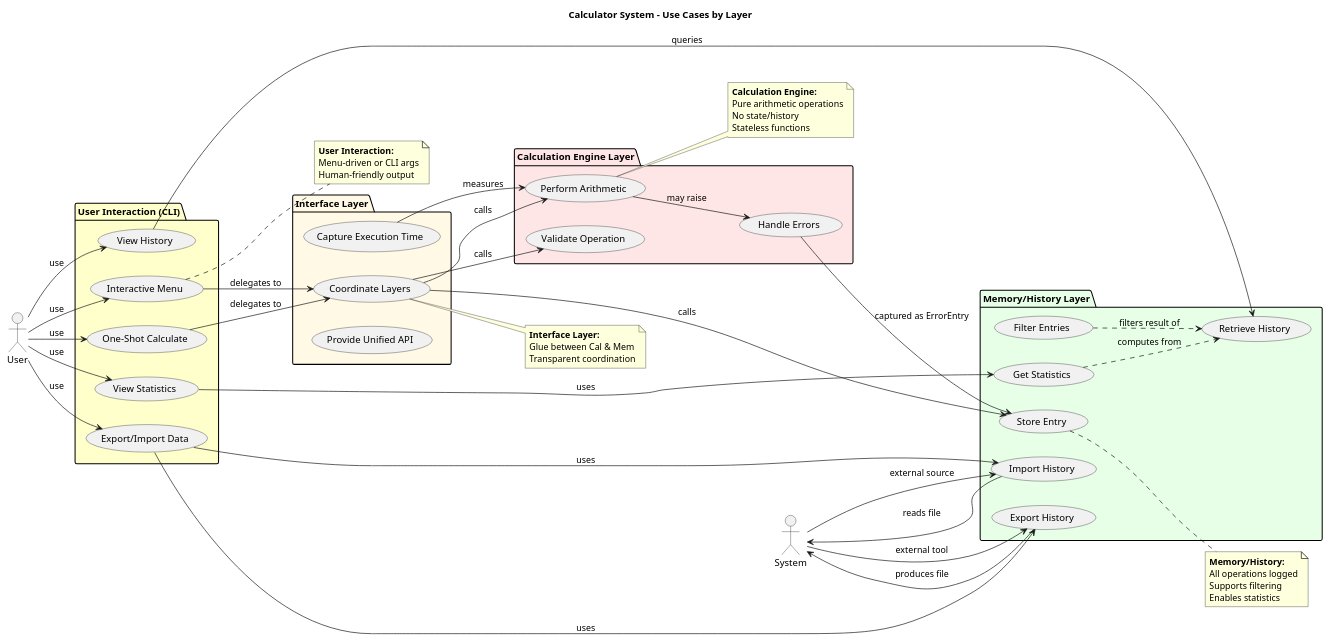
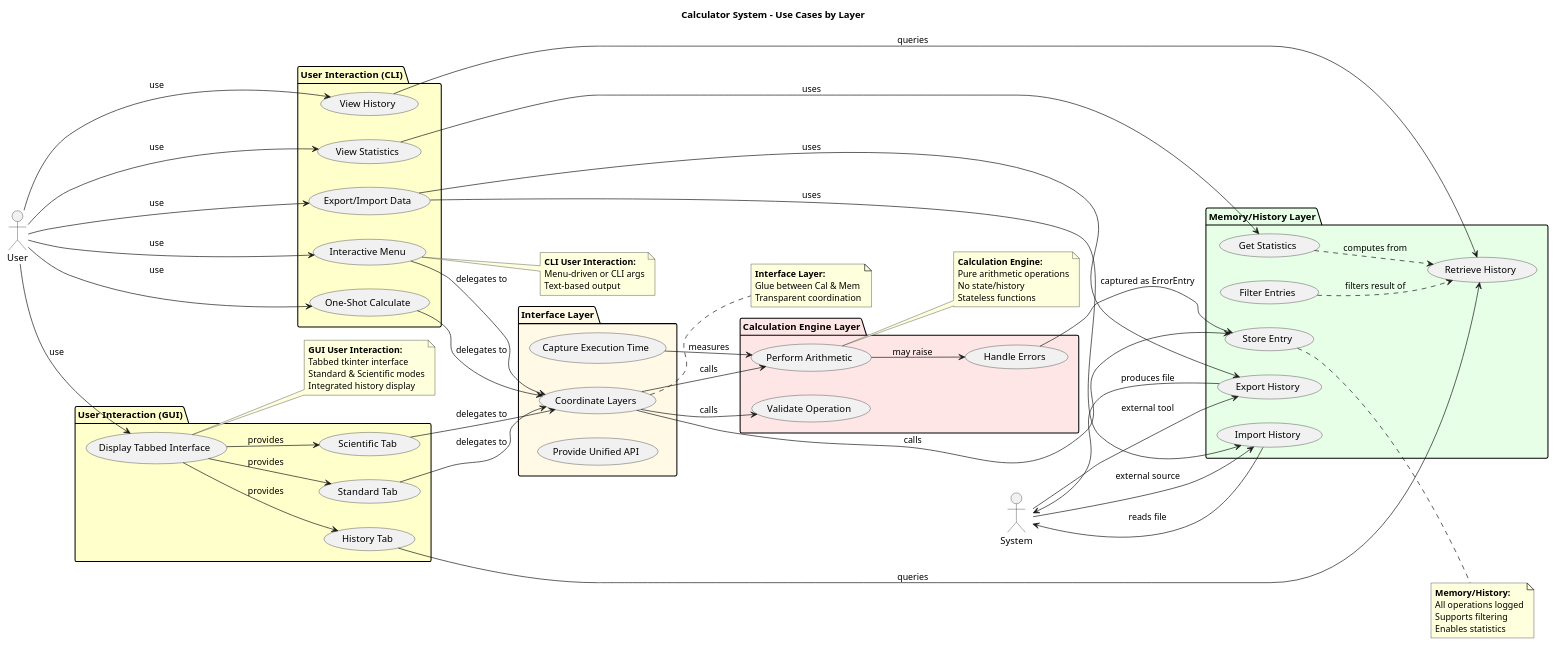
The diagram in experiments/broadcast/user_stories/calculator/artifacts/use_case_diagram.puml (DanielRiha8906/Software_autoevolution_using_agents), drawn with PlantUML before and after one commit. The commit also changed 8 other files, not shown here.

```diff
--- a/experiments/broadcast/user_stories/calculator/artifacts/use_case_diagram.puml
+++ b/experiments/broadcast/user_stories/calculator/artifacts/use_case_diagram.puml
@@ -1,96 +1,118 @@
 @startuml use_case_diagram
 
 title Calculator System - Use Cases by Layer
 
 left to right direction
 
 ' Actors
 actor User as user
 actor System as system
 
 package "Calculation Engine Layer" #FFE6E6 {
     usecase "Perform Arithmetic" as calc_arithmetic
     usecase "Validate Operation" as calc_validate
     usecase "Handle Errors" as calc_error
 }
 
 package "Memory/History Layer" #E6FFE6 {
     usecase "Store Entry" as mem_store
     usecase "Retrieve History" as mem_retrieve
     usecase "Filter Entries" as mem_filter
     usecase "Export History" as mem_export
     usecase "Import History" as mem_import
     usecase "Get Statistics" as mem_stats
 }
 
 package "Interface Layer" #FFF9E6 {
     usecase "Coordinate Layers" as iface_coord
     usecase "Capture Execution Time" as iface_timing
     usecase "Provide Unified API" as iface_api
 }
 
 package "User Interaction (CLI)" #FFFFCC {
     usecase "Interactive Menu" as cli_interactive
     usecase "One-Shot Calculate" as cli_oneshot
     usecase "View History" as cli_history
     usecase "Export/Import Data" as cli_import_export
     usecase "View Statistics" as cli_statistics
 }
 
+package "User Interaction (GUI)" #FFFFCC {
+    usecase "Standard Tab" as gui_standard
+    usecase "Scientific Tab" as gui_scientific
+    usecase "History Tab" as gui_history
+    usecase "Display Tabbed Interface" as gui_interface
+}
+
 ' Relationships
 user --> cli_interactive: use
 user --> cli_oneshot: use
 user --> cli_history: use
 user --> cli_import_export: use
 user --> cli_statistics: use
+user --> gui_interface: use
 
 cli_interactive --> iface_coord: delegates to
 cli_oneshot --> iface_coord: delegates to
 cli_history --> mem_retrieve: queries
 cli_import_export --> mem_export: uses
 cli_import_export --> mem_import: uses
 cli_statistics --> mem_stats: uses
+
+gui_interface --> gui_standard: provides
+gui_interface --> gui_scientific: provides
+gui_interface --> gui_history: provides
+gui_standard --> iface_coord: delegates to
+gui_scientific --> iface_coord: delegates to
+gui_history --> mem_retrieve: queries
 
 iface_coord --> calc_arithmetic: calls
 iface_coord --> calc_validate: calls
 iface_coord --> mem_store: calls
 iface_timing --> calc_arithmetic: measures
 
 calc_arithmetic --> calc_error: may raise
 calc_error --> mem_store: captured as ErrorEntry
 
 mem_filter ..> mem_retrieve: filters result of
 mem_stats ..> mem_retrieve: computes from
 
 system --> mem_export: external tool
 mem_export --> system: produces file
 system --> mem_import: external source
 mem_import --> system: reads file
 
 note right of calc_arithmetic
   **Calculation Engine:**
   Pure arithmetic operations
   No state/history
   Stateless functions
 end note
 
 note right of mem_store
   **Memory/History:**
   All operations logged
   Supports filtering
   Enables statistics
 end note
 
 note right of iface_coord
   **Interface Layer:**
   Glue between Cal & Mem
   Transparent coordination
 end note
 
 note right of cli_interactive
-  **User Interaction:**
+  **CLI User Interaction:**
   Menu-driven or CLI args
-  Human-friendly output
+  Text-based output
+end note
+
+note right of gui_interface
+  **GUI User Interaction:**
+  Tabbed tkinter interface
+  Standard & Scientific modes
+  Integrated history display
 end note
 
 @enduml
```
